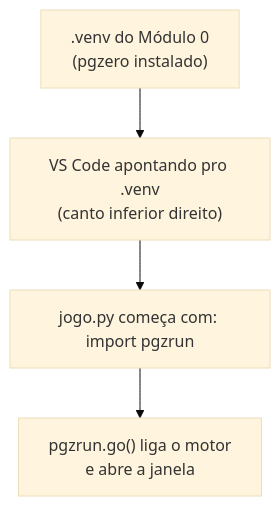
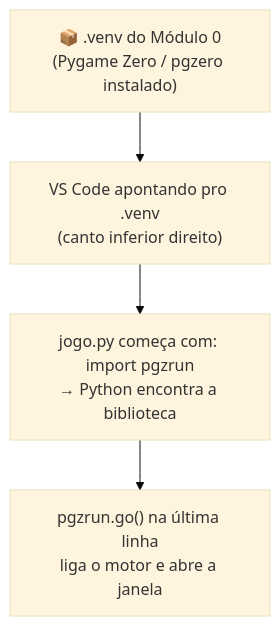
The third of 3 diagrams in docs/modulo-01-conhecendo-a-programacao/material-professor.md (frzanini/cursopythonkids), drawn with Mermaid (base theme) before and after one commit. The commit also changed other lines of this file and 2 other files, not shown here.

First line of the commit message:
Modulo 1: explica de onde vem o pgzrun (biblioteca/pacote)

````diff
--- a/docs/modulo-01-conhecendo-a-programacao/material-professor.md
+++ b/docs/modulo-01-conhecendo-a-programacao/material-professor.md
@@ -236,6 +266,6 @@
 ```mermaid
 flowchart TB
-    A[".venv do Módulo 0<br/>(pgzero instalado)"] --> B["VS Code apontando pro .venv<br/>(canto inferior direito)"]
-    B --> C["jogo.py começa com: import pgzrun"]
-    C --> D["pgzrun.go() liga o motor<br/>e abre a janela"]
+    A["📦 .venv do Módulo 0<br/>(Pygame Zero / pgzero instalado)"] --> B["VS Code apontando pro .venv<br/>(canto inferior direito)"]
+    B --> C["jogo.py começa com: import pgzrun<br/>→ Python encontra a biblioteca"]
+    C --> D["pgzrun.go() na última linha<br/>liga o motor e abre a janela"]
 ```
````
